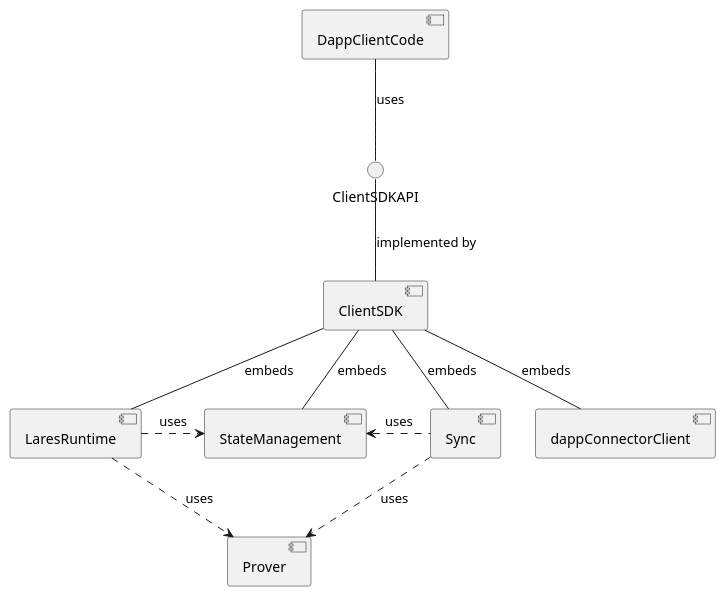
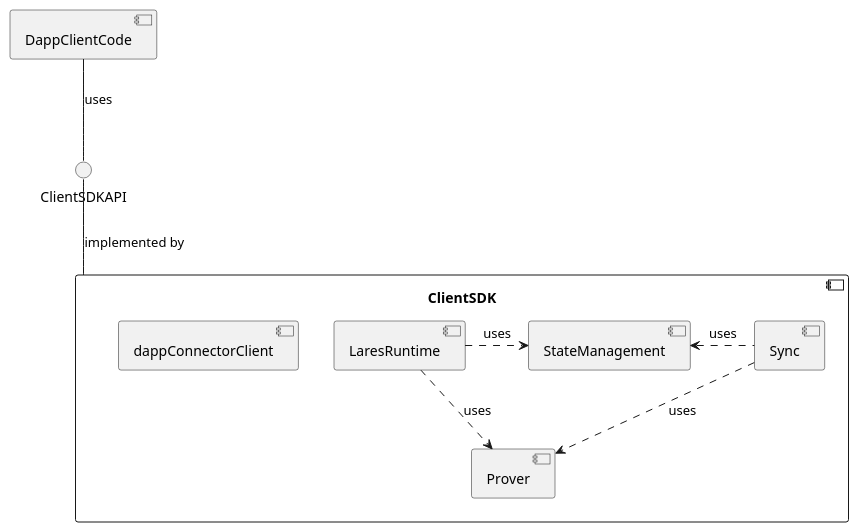
Before and after one commit to midnightntwrk/midnight-architecture: the diagram in components/ClientSDK/components.puml, drawn with PlantUML. The commit also changed 2 other files, not shown here.

Commit message:
Address ClientSDK comments

```diff
--- a/components/ClientSDK/components.puml
+++ b/components/ClientSDK/components.puml
@@ -1,23 +1,20 @@
 @startuml
-component ClientSDK
+component ClientSDK {
+  component dappConnectorClient
+  component StateManagement
+  component Prover
+  component Sync
+  component LaresRuntime
+}
 interface ClientSDKAPI
 component DappClientCode
-component dappConnectorClient
-component StateManagement
-component Prover
-component Sync
-component LaresRuntime
+
 
 DappClientCode -- ClientSDKAPI : "uses"
 ClientSDKAPI -- ClientSDK : "implemented by"
 
 LaresRuntime .> StateManagement : "uses"
 LaresRuntime .> Prover : "uses"
 StateManagement <. Sync : "uses"
 Sync ..> Prover : "uses"
-
-ClientSDK -- dappConnectorClient : "embeds"
-ClientSDK -- LaresRuntime : "embeds"
-ClientSDK -- Sync : "embeds"
-ClientSDK -- StateManagement : "embeds"
 @enduml
```
